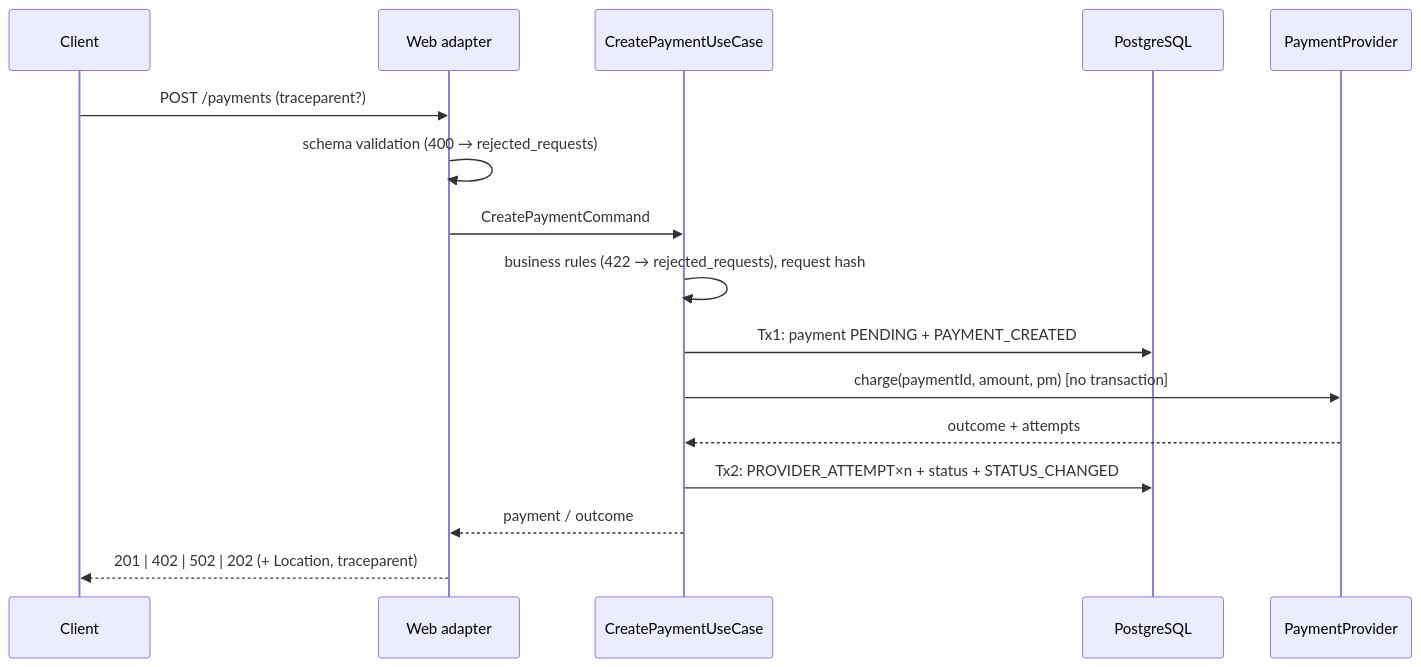
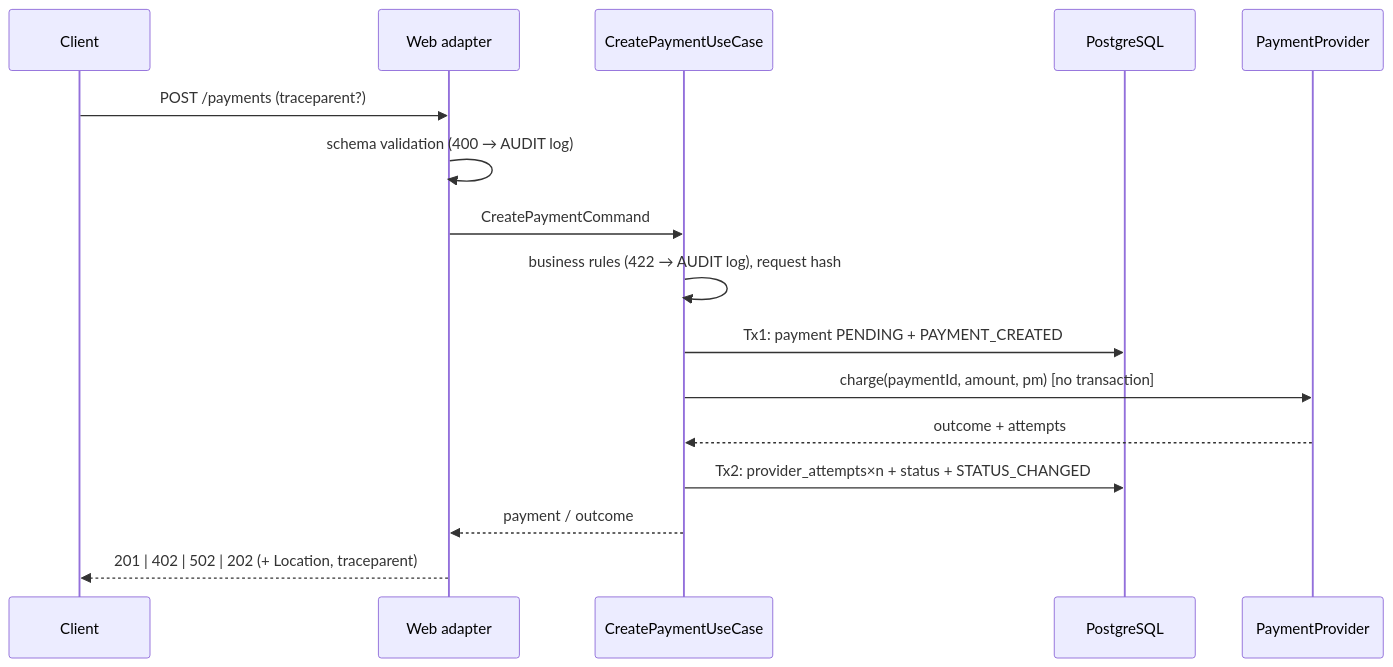
The diagram in specs/001-payment-core/plan.md (bsamsonov/payment-service-poc), drawn with Mermaid before and after one commit. The commit also changed other lines of this file and 8 other files, not shown here.

First line of the commit message:
docs(001): rework data model after schema architecture review

````diff
--- a/specs/001-payment-core/plan.md
+++ b/specs/001-payment-core/plan.md
@@ -47,18 +52,18 @@
 ```mermaid
 sequenceDiagram
   participant C as Client
   participant W as Web adapter
   participant U as CreatePaymentUseCase
   participant DB as PostgreSQL
   participant P as PaymentProvider
   C->>W: POST /payments (traceparent?)
-  W->>W: schema validation (400 → rejected_requests)
+  W->>W: schema validation (400 → AUDIT log)
   W->>U: CreatePaymentCommand
-  U->>U: business rules (422 → rejected_requests), request hash
+  U->>U: business rules (422 → AUDIT log), request hash
   U->>DB: Tx1: payment PENDING + PAYMENT_CREATED
   U->>P: charge(paymentId, amount, pm)  [no transaction]
   P-->>U: outcome + attempts
-  U->>DB: Tx2: PROVIDER_ATTEMPT×n + status + STATUS_CHANGED
+  U->>DB: Tx2: provider_attempts×n + status + STATUS_CHANGED
   U-->>W: payment / outcome
   W-->>C: 201 | 402 | 502 | 202 (+ Location, traceparent)
 ```
````
